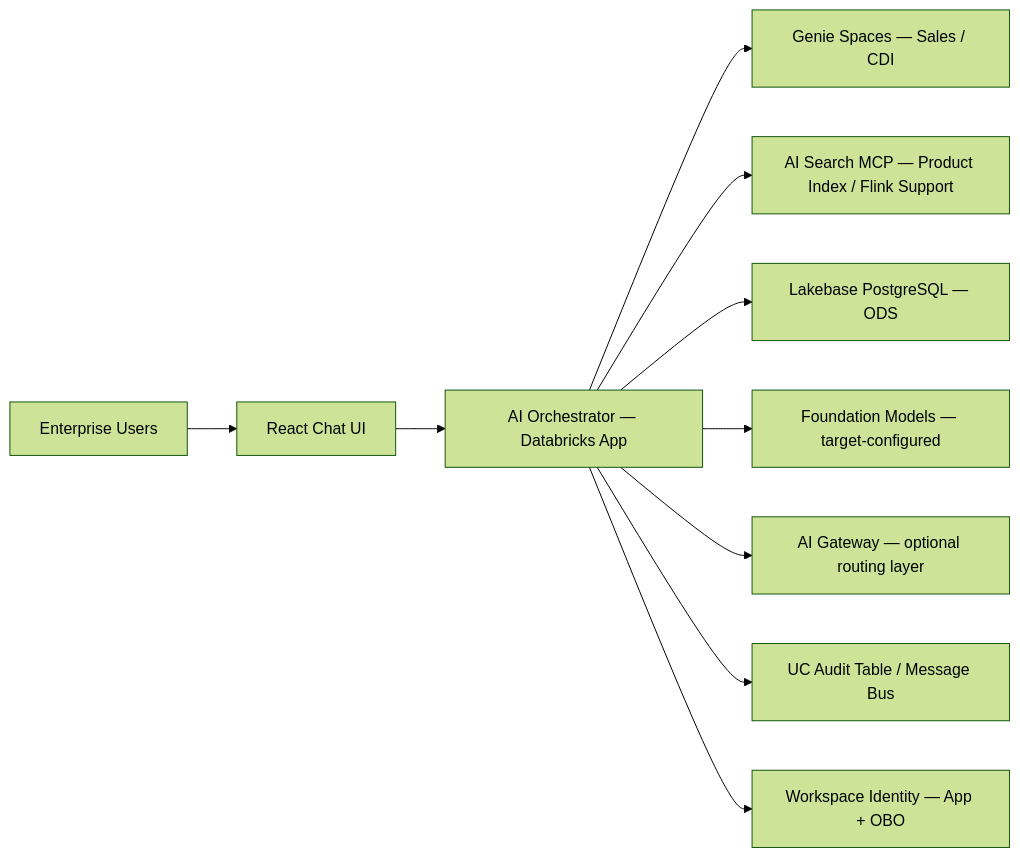
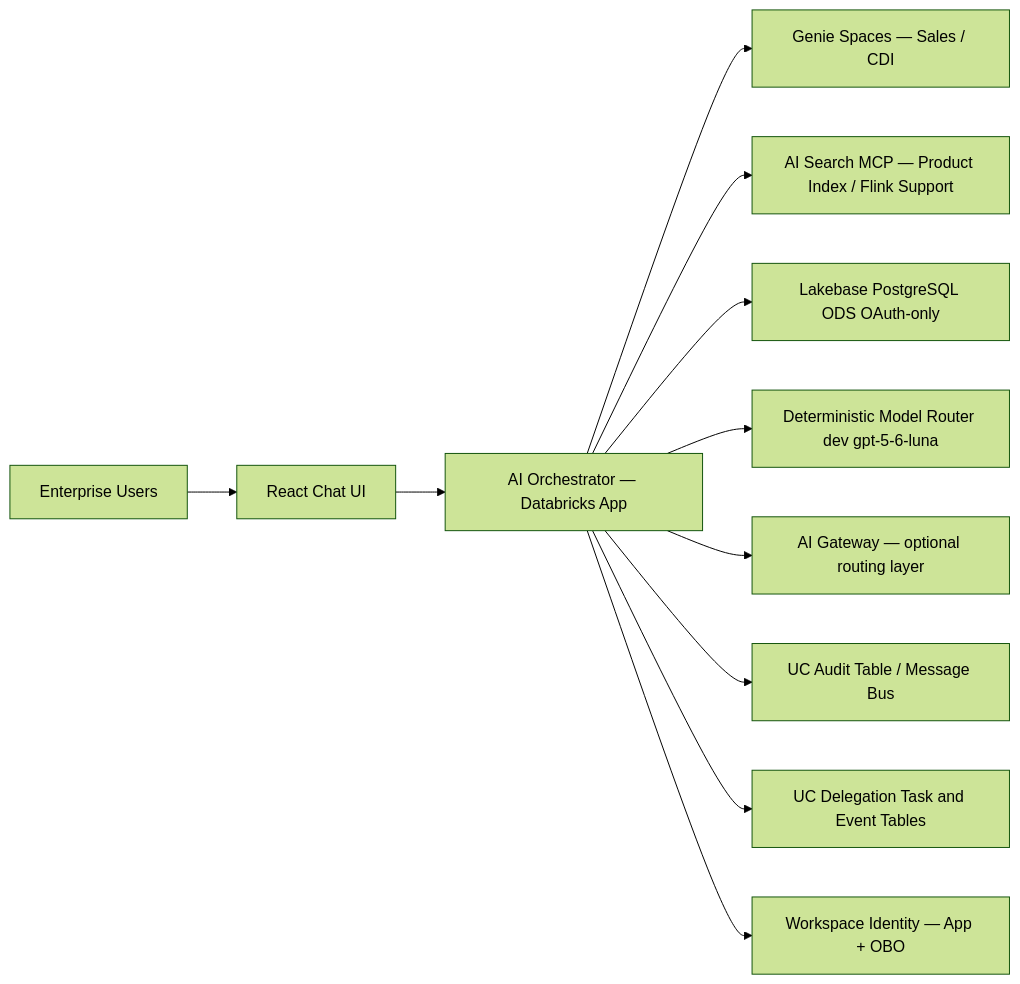
Before and after one commit to wchen-dea/Governed-Multi-Agent-Intelligence-on-Databricks: the third of 4 diagrams in docs/architecture/design-artifacts/01-concept-high-level.md, drawn with Mermaid (forest theme). The commit also changed other lines of this file and 29 other files, not shown here.

````diff
--- a/docs/architecture/design-artifacts/01-concept-high-level.md
+++ b/docs/architecture/design-artifacts/01-concept-high-level.md
@@ -42,12 +43,13 @@
 ```mermaid
 flowchart LR
     User[Enterprise Users] --> UI[React Chat UI]
     UI --> AISYS[AI Orchestrator — Databricks App]
     AISYS --> Genie[Genie Spaces — Sales / CDI]
     AISYS --> AIS[AI Search MCP — Product Index / Flink Support]
-    AISYS --> LB[Lakebase PostgreSQL — ODS]
-    AISYS --> FM[Foundation Models — target-configured]
+    AISYS --> LB[Lakebase PostgreSQL ODS OAuth-only]
+    AISYS --> FM[Deterministic Model Router dev gpt-5-6-luna]
     AISYS --> AIGW[AI Gateway — optional routing layer]
     AISYS --> Audit[UC Audit Table / Message Bus]
+    AISYS --> Tasks[UC Delegation Task and Event Tables]
     AISYS --> Identity[Workspace Identity — App + OBO]
 ```
````
